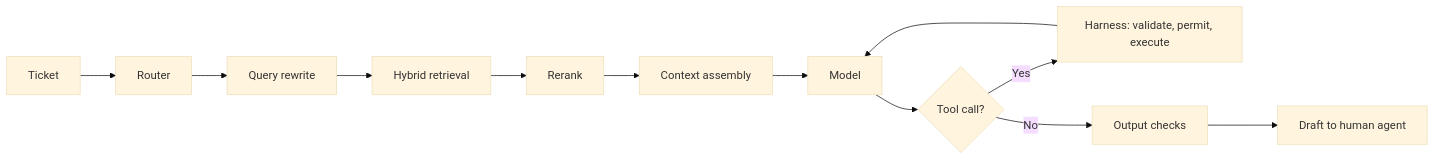
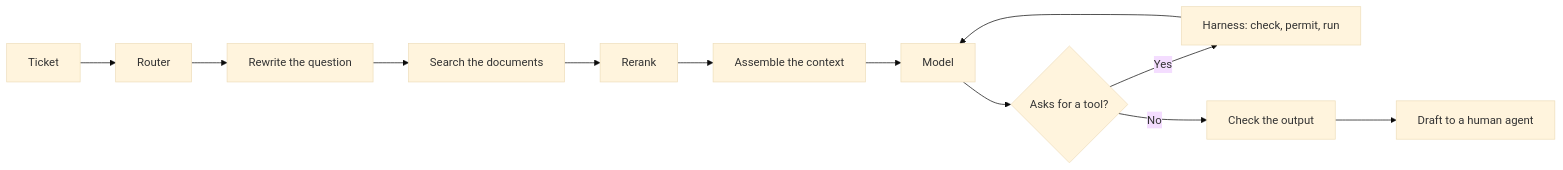
The diagram in content/ai-stack-volume-2-building-on-the-model.md (tharungajula2/loud-recall), drawn with Mermaid (base theme) before and after one commit. The commit also changed other lines of this file and 17 other files, not shown here.

Commit message:
AI-first home: masterclass path, articles, guest lectures; rebuilt AI Stack vols 1-4; first article; lazy-load Mermaid

````diff
--- a/content/ai-stack-volume-2-building-on-the-model.md
+++ b/content/ai-stack-volume-2-building-on-the-model.md
@@ -39,14 +43,14 @@
 ```mermaid
 flowchart LR
     A[Ticket] --> B[Router]
-    B --> C[Query rewrite]
-    C --> D[Hybrid retrieval]
+    B --> C[Rewrite the question]
+    C --> D[Search the documents]
     D --> E[Rerank]
-    E --> F[Context assembly]
+    E --> F[Assemble the context]
     F --> G[Model]
-    G --> H{Tool call?}
-    H -->|Yes| I[Harness: validate, permit, execute]
+    G --> H{Asks for a tool?}
+    H -->|Yes| I[Harness: check, permit, run]
     I --> G
-    H -->|No| J[Output checks]
-    J --> K[Draft to human agent]
+    H -->|No| J[Check the output]
+    J --> K[Draft to a human agent]
 ```
````
